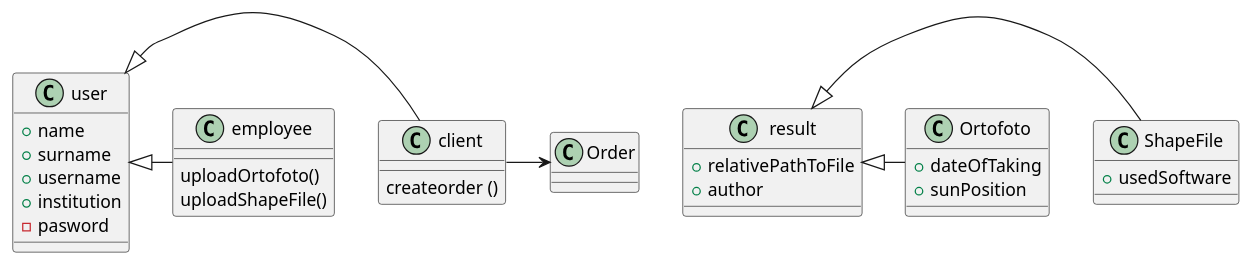
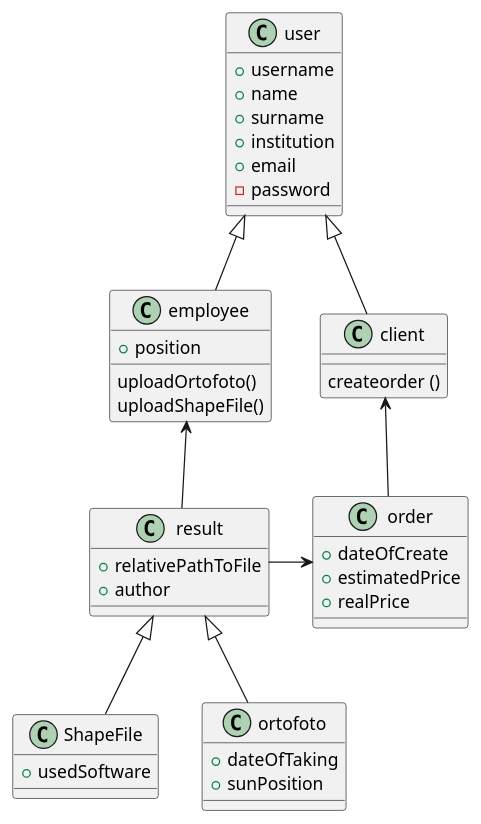
The diagram in SecondSemester/Database/Project.md (Bezobsahu/MyMasterDegree), drawn with PlantUML before and after one commit. The commit also changed other lines of this file and 1 other file, not shown here.

Commit message:
ze školy

````diff
--- a/SecondSemester/Database/Project.md
+++ b/SecondSemester/Database/Project.md
@@ -5,47 +5,54 @@
 ```plantUML
 
 class user {
+    + username
     + name
     + surname
-    + username
     + institution
-    - pasword
+    + email
+    - password
 }
-user <|- client
-user <|- employee
+user <|-- client
+user <|-- employee
 
     class client {
+    
         createorder ()
     }
 
     class employee {
-
+        +position
         uploadOrtofoto()
         uploadShapeFile()
     }
-client -> Order
-class Order {
+client <-- order
+class order {
+    + dateOfCreate
+    + estimatedPrice
+    + realPrice
     
 
 
 }
 
 class result {
     + relativePathToFile
     + author
 }
-
-result <|- ShapeFile
+result -> order
+result <|-- ShapeFile
 
 class ShapeFile {
     + usedSoftware
 }
-result <|- Ortofoto
+result <|-- ortofoto
 
-class Ortofoto{
+class ortofoto{
     + dateOfTaking
     + sunPosition
+
 }
 
 
+employee <-- result
 ```
````
